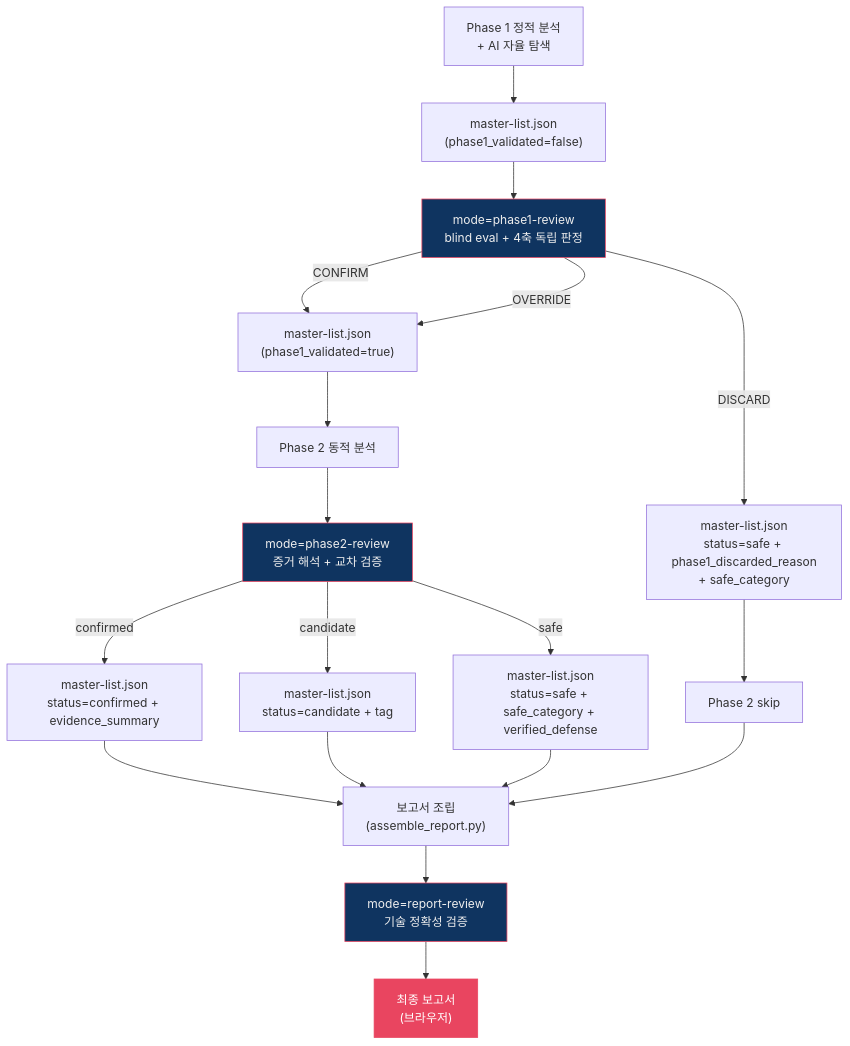
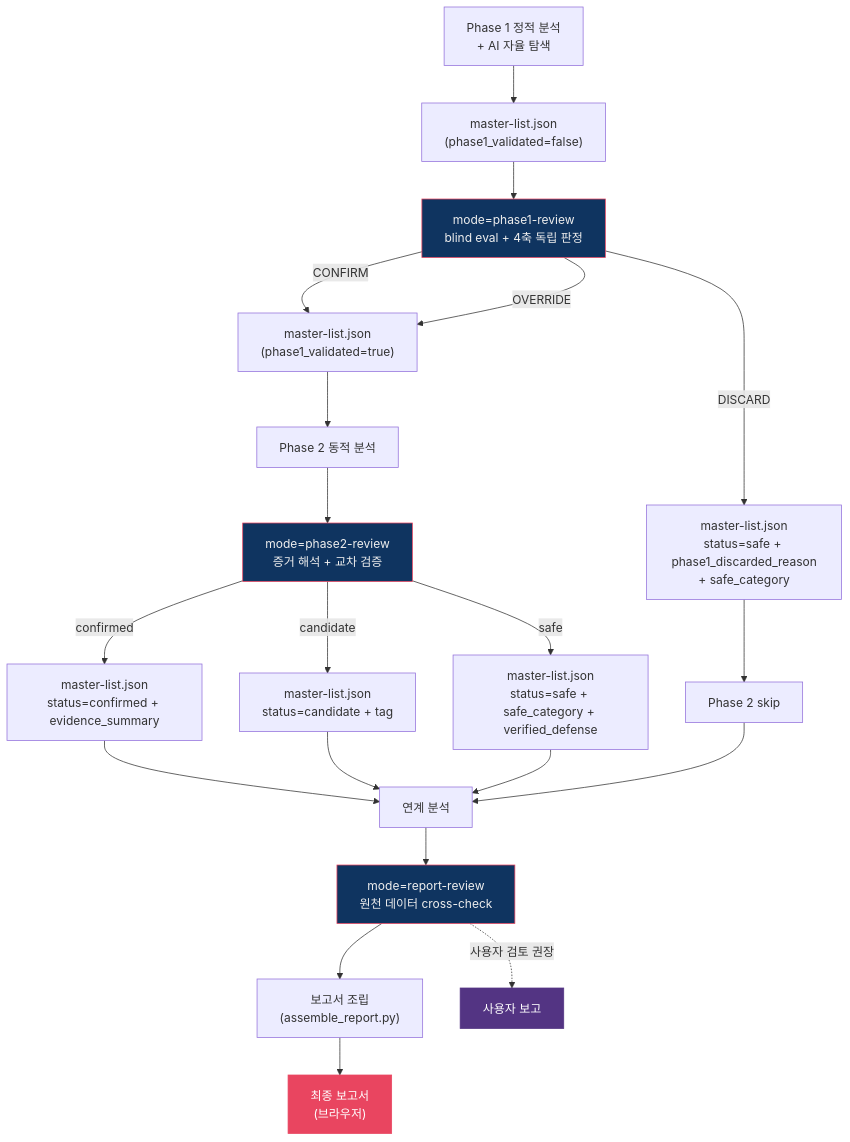
Before and after one commit to nomarlhack/noah-sast: the diagram in skills/sast/docs/review-modes.md, drawn with Mermaid.

Commit message:
docs(review-modes): 흐름도 노드 라벨·edge 순서 신규 설계 반영
L32-38이 옛 post-assembly 흐름(Report → RV → Final)로 잔존해 있었음:
- "기술 정확성 검증" → "원천 데이터 cross-check"로 노드 라벨 교체
- Report → RV 순서 → Chain → RV → Report로 재배치 (review가 조립 전)
- 사용자 검토 권장 선택적 edge 추가

````diff
--- a/skills/sast/docs/review-modes.md
+++ b/skills/sast/docs/review-modes.md
@@ -15,30 +15,33 @@
 ```mermaid
 flowchart TD
     P1["Phase 1 정적 분석\n+ AI 자율 탐색"]
     P1 --> ML1["master-list.json\n(phase1_validated=false)"]
     ML1 --> EP1["mode=phase1-review\nblind eval + 4축 독립 판정"]
     EP1 -->|CONFIRM| ML2["master-list.json\n(phase1_validated=true)"]
     EP1 -->|OVERRIDE| ML2
     EP1 -->|DISCARD| ML2S["master-list.json\nstatus=safe + phase1_discarded_reason\n+ safe_category"]
 
     ML2 --> P2["Phase 2 동적 분석"]
     ML2S --> Skip["Phase 2 skip"]
 
     P2 --> EV["mode=phase2-review\n증거 해석 + 교차 검증"]
     EV -->|confirmed| ML3["master-list.json\nstatus=confirmed + evidence_summary"]
     EV -->|candidate| ML3C["master-list.json\nstatus=candidate + tag"]
     EV -->|safe| ML3S["master-list.json\nstatus=safe + safe_category + verified_defense"]
 
-    ML3 --> Report["보고서 조립\n(assemble_report.py)"]
-    ML3C --> Report
-    ML3S --> Report
-    Skip --> Report
+    ML3 --> Chain["연계 분석"]
+    ML3C --> Chain
+    ML3S --> Chain
+    Skip --> Chain
 
-    Report --> RV["mode=report-review\n기술 정확성 검증"]
-    RV --> Final["최종 보고서\n(브라우저)"]
+    Chain --> RV["mode=report-review\n원천 데이터 cross-check"]
+    RV --> Report["보고서 조립\n(assemble_report.py)"]
+    Report --> Final["최종 보고서\n(브라우저)"]
+    RV -.->|사용자 검토 권장| UserReport["사용자 보고"]
 
     style EP1 fill:#0f3460,stroke:#e94560,color:#eee
     style EV fill:#0f3460,stroke:#e94560,color:#eee
     style RV fill:#0f3460,stroke:#e94560,color:#eee
     style Final fill:#e94560,stroke:#e94560,color:#fff
+    style UserReport fill:#533483,stroke:#533483,color:#fff
 ```
````
